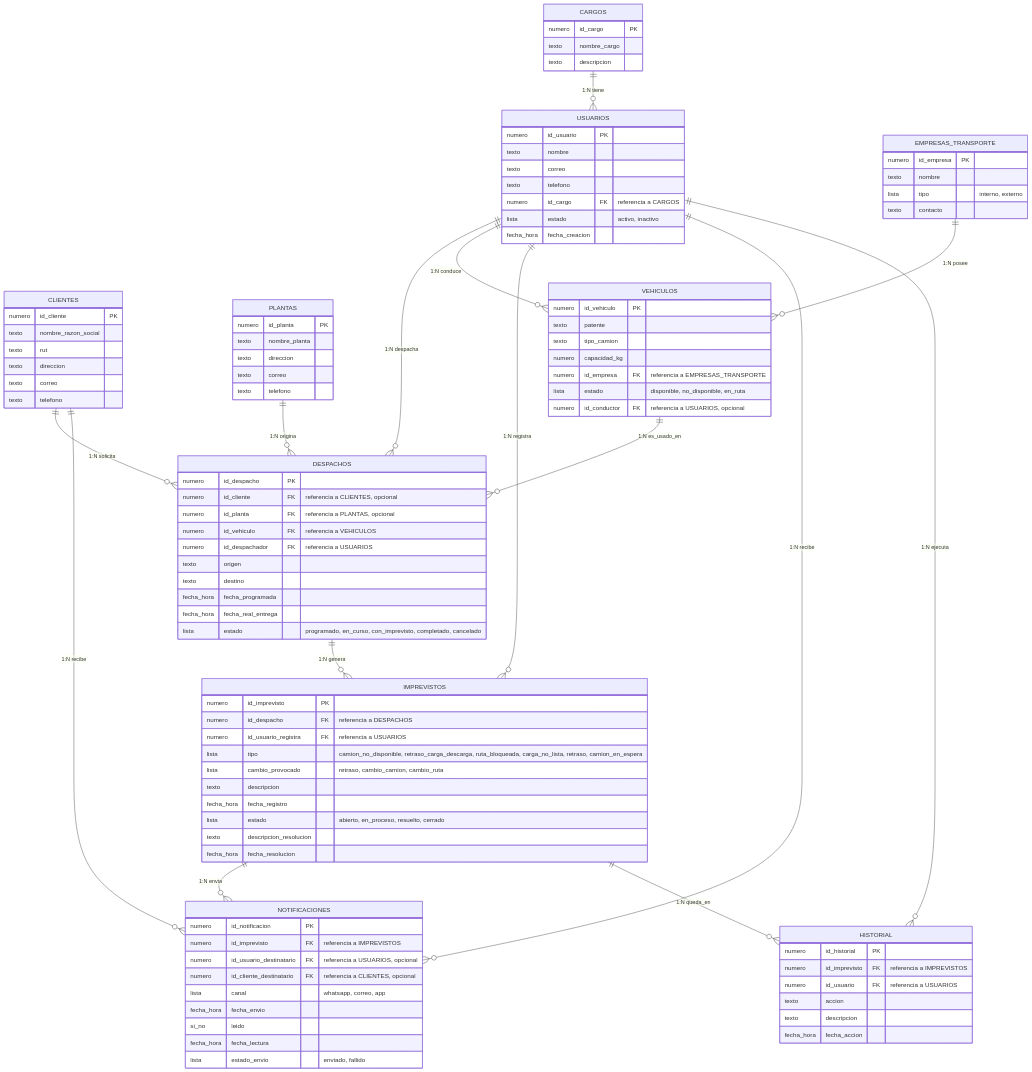
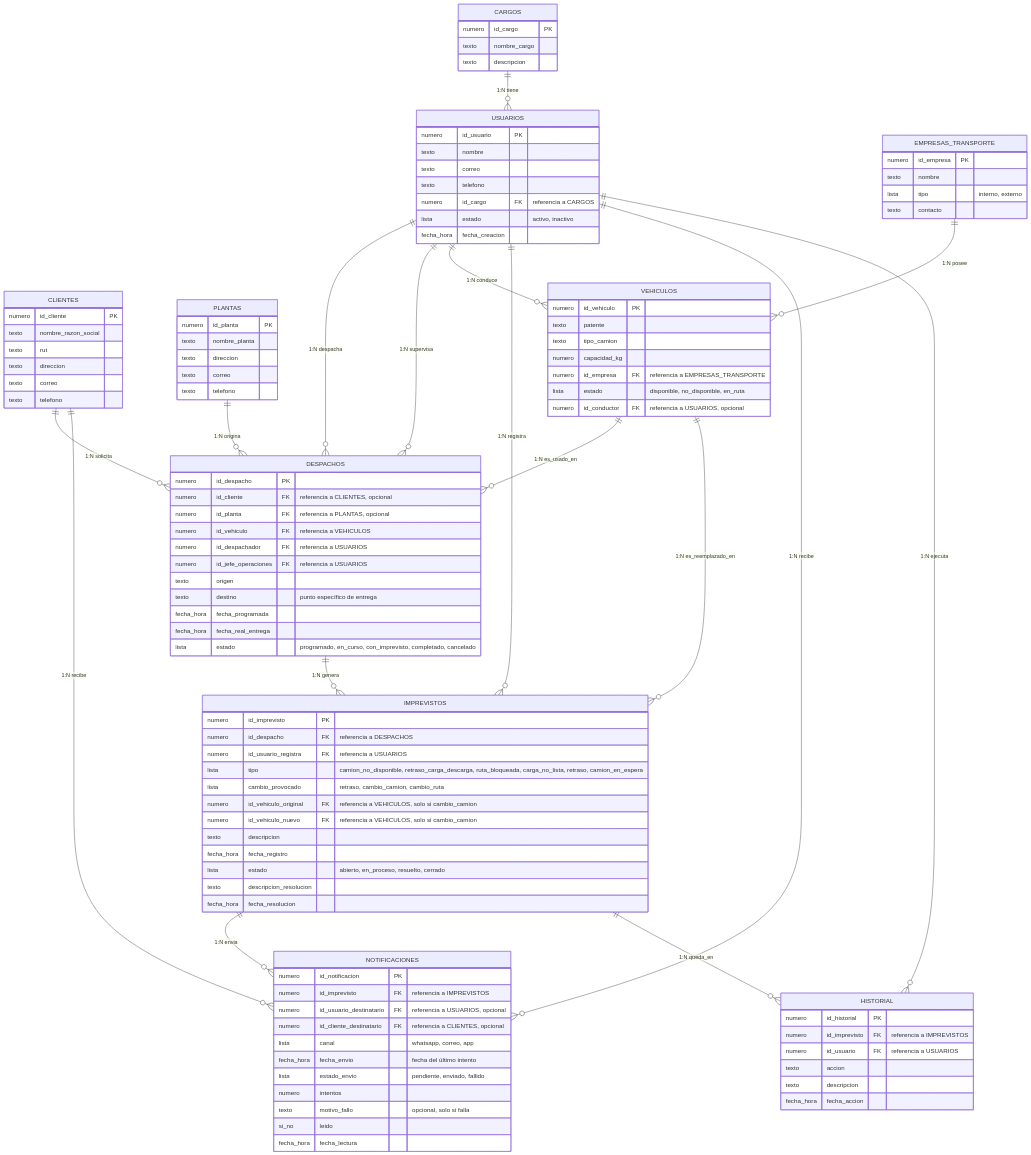
One commit to macarenavaldiviesoc/Grupo_4 changed the diagram in docs/datos/estructura_datos.md. Above: the diagram before and after it, drawn with Mermaid. The commit also changed other lines of this file and 4 other files, not shown here.

```diff
--- a/docs/datos/estructura_datos.md
+++ b/docs/datos/estructura_datos.md
@@ -77,8 +77,9 @@
         numero id_planta FK "referencia a PLANTAS, opcional"
         numero id_vehiculo FK "referencia a VEHICULOS"
         numero id_despachador FK "referencia a USUARIOS"
+        numero id_jefe_operaciones FK "referencia a USUARIOS"
         texto origen
-        texto destino
+        texto destino "punto específico de entrega"
         fecha_hora fecha_programada
         fecha_hora fecha_real_entrega
         lista estado "programado, en_curso, con_imprevisto, completado, cancelado"
@@ -90,6 +91,8 @@
         numero id_usuario_registra FK "referencia a USUARIOS"
         lista tipo "camion_no_disponible, retraso_carga_descarga, ruta_bloqueada, carga_no_lista, retraso, camion_en_espera"
         lista cambio_provocado "retraso, cambio_camion, cambio_ruta"
+        numero id_vehiculo_original FK "referencia a VEHICULOS, solo si cambio_camion"
+        numero id_vehiculo_nuevo FK "referencia a VEHICULOS, solo si cambio_camion"
         texto descripcion
         fecha_hora fecha_registro
         lista estado "abierto, en_proceso, resuelto, cerrado"
@@ -103,10 +106,12 @@
         numero id_usuario_destinatario FK "referencia a USUARIOS, opcional"
         numero id_cliente_destinatario FK "referencia a CLIENTES, opcional"
         lista canal "whatsapp, correo, app"
-        fecha_hora fecha_envio
+        fecha_hora fecha_envio "fecha del último intento"
+        lista estado_envio "pendiente, enviado, fallido"
+        numero intentos
+        texto motivo_fallo "opcional, solo si falla"
         si_no leido
         fecha_hora fecha_lectura
-        lista estado_envio "enviado, fallido"
     }
 
     HISTORIAL {
@@ -120,6 +125,7 @@
 
     CARGOS ||--o{ USUARIOS : "1:N tiene"
     USUARIOS ||--o{ DESPACHOS : "1:N despacha"
+    USUARIOS ||--o{ DESPACHOS : "1:N supervisa"
     USUARIOS ||--o{ VEHICULOS : "1:N conduce"
     EMPRESAS_TRANSPORTE ||--o{ VEHICULOS : "1:N posee"
     CLIENTES ||--o{ DESPACHOS : "1:N solicita"
@@ -127,6 +133,7 @@
     VEHICULOS ||--o{ DESPACHOS : "1:N es_usado_en"
     DESPACHOS ||--o{ IMPREVISTOS : "1:N genera"
     USUARIOS ||--o{ IMPREVISTOS : "1:N registra"
+    VEHICULOS ||--o{ IMPREVISTOS : "1:N es_reemplazado_en"
     IMPREVISTOS ||--o{ NOTIFICACIONES : "1:N envia"
     USUARIOS ||--o{ NOTIFICACIONES : "1:N recibe"
     CLIENTES ||--o{ NOTIFICACIONES : "1:N recibe"
```
